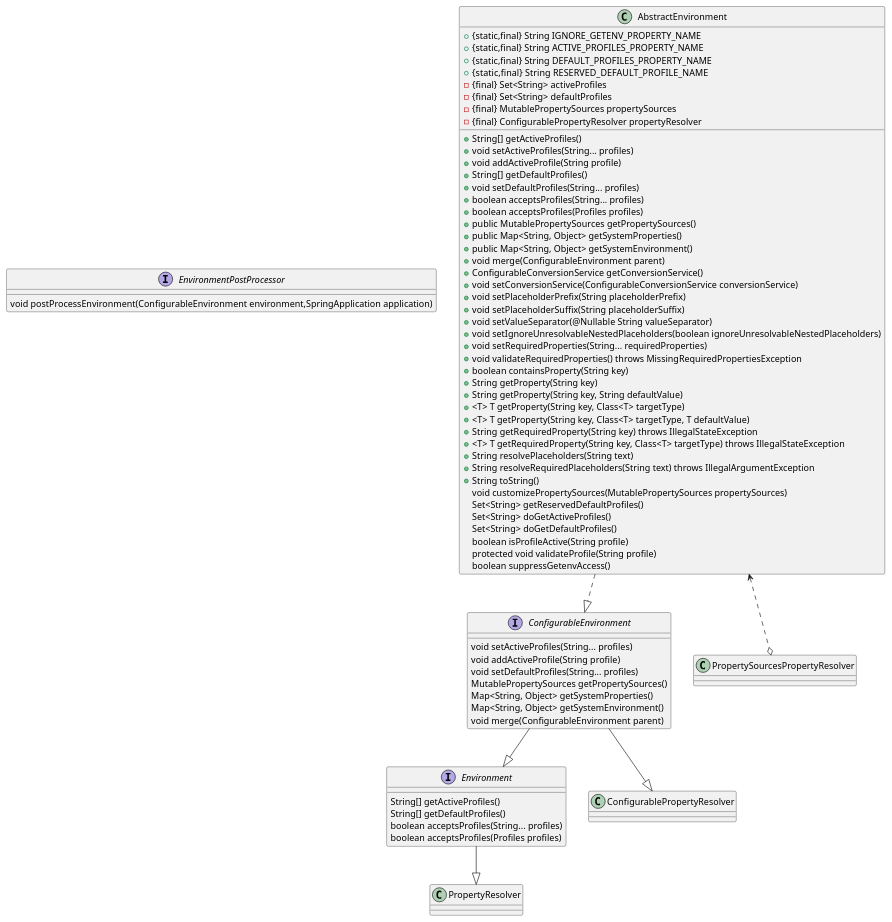
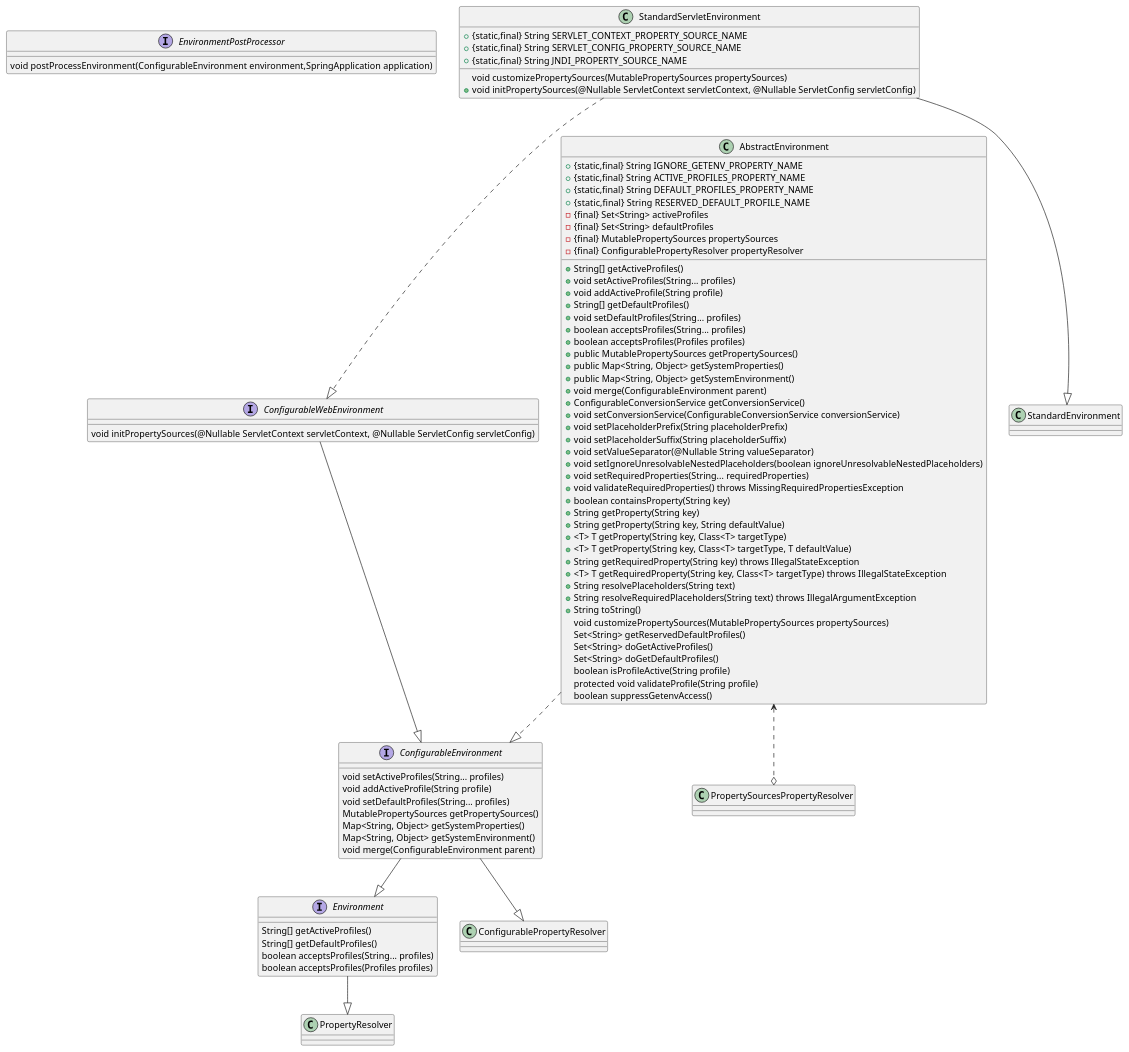
Before and after one commit to zou2561789/springuml: the diagram in src/main/java/cn/Environment.puml, drawn with PlantUML. The commit also changed 20 other files, not shown here.

```diff
--- a/src/main/java/cn/Environment.puml
+++ b/src/main/java/cn/Environment.puml
@@ -1,73 +1,84 @@
 @startuml
 interface EnvironmentPostProcessor{
 void postProcessEnvironment(ConfigurableEnvironment environment,SpringApplication application)
 }
 class AbstractEnvironment{
     +{static,final} String IGNORE_GETENV_PROPERTY_NAME
     +{static,final} String ACTIVE_PROFILES_PROPERTY_NAME
     +{static,final} String DEFAULT_PROFILES_PROPERTY_NAME
     +{static,final}  String RESERVED_DEFAULT_PROFILE_NAME
     -{final} Set<String> activeProfiles
     -{final} Set<String> defaultProfiles
     -{final} MutablePropertySources propertySources
     -{final} ConfigurablePropertyResolver propertyResolver
     + String[] getActiveProfiles()
     + void setActiveProfiles(String... profiles)
     + void addActiveProfile(String profile)
     + String[] getDefaultProfiles()
     + void setDefaultProfiles(String... profiles)
     + boolean acceptsProfiles(String... profiles)
     + boolean acceptsProfiles(Profiles profiles)
     + public MutablePropertySources getPropertySources()
     + public Map<String, Object> getSystemProperties()
     + public Map<String, Object> getSystemEnvironment()
     + void merge(ConfigurableEnvironment parent)
     + ConfigurableConversionService getConversionService()
     + void setConversionService(ConfigurableConversionService conversionService)
     + void setPlaceholderPrefix(String placeholderPrefix)
     + void setPlaceholderSuffix(String placeholderSuffix)
     + void setValueSeparator(@Nullable String valueSeparator)
     + void setIgnoreUnresolvableNestedPlaceholders(boolean ignoreUnresolvableNestedPlaceholders)
     + void setRequiredProperties(String... requiredProperties)
     + void validateRequiredProperties() throws MissingRequiredPropertiesException
     + boolean containsProperty(String key)
     + String getProperty(String key)
     + String getProperty(String key, String defaultValue)
     + <T> T getProperty(String key, Class<T> targetType)
     + <T> T getProperty(String key, Class<T> targetType, T defaultValue)
     + String getRequiredProperty(String key) throws IllegalStateException
     + <T> T getRequiredProperty(String key, Class<T> targetType) throws IllegalStateException
     + String resolvePlaceholders(String text)
     + String resolveRequiredPlaceholders(String text) throws IllegalArgumentException
     + String toString()
       void customizePropertySources(MutablePropertySources propertySources)
       Set<String> getReservedDefaultProfiles()
       Set<String> doGetActiveProfiles()
       Set<String> doGetDefaultProfiles()
       boolean isProfileActive(String profile)
       protected void validateProfile(String profile)
       boolean suppressGetenvAccess()
-
-
+}
+class StandardServletEnvironment{
+    + {static,final} String SERVLET_CONTEXT_PROPERTY_SOURCE_NAME
+    + {static,final} String SERVLET_CONFIG_PROPERTY_SOURCE_NAME
+    + {static,final} String JNDI_PROPERTY_SOURCE_NAME
+      void customizePropertySources(MutablePropertySources propertySources)
+    + void initPropertySources(@Nullable ServletContext servletContext, @Nullable ServletConfig servletConfig)
 }
 interface ConfigurableEnvironment{
     void setActiveProfiles(String... profiles)
     void addActiveProfile(String profile)
     void setDefaultProfiles(String... profiles)
     MutablePropertySources getPropertySources()
     Map<String, Object> getSystemProperties()
     Map<String, Object> getSystemEnvironment()
     void merge(ConfigurableEnvironment parent)
 }
+interface ConfigurableWebEnvironment{
+    void initPropertySources(@Nullable ServletContext servletContext, @Nullable ServletConfig servletConfig)
+}
 interface Environment{
     String[] getActiveProfiles()
     String[] getDefaultProfiles()
     boolean acceptsProfiles(String... profiles)
     boolean acceptsProfiles(Profiles profiles)
 }
 ConfigurableEnvironment --|>ConfigurablePropertyResolver
 ConfigurableEnvironment --|>Environment
 Environment --|>PropertyResolver
+StandardServletEnvironment --|> StandardEnvironment
+StandardServletEnvironment ..|> ConfigurableWebEnvironment
+ConfigurableWebEnvironment --|> ConfigurableEnvironment
 AbstractEnvironment ..|>ConfigurableEnvironment
 AbstractEnvironment <..o PropertySourcesPropertyResolver
 @enduml
```
